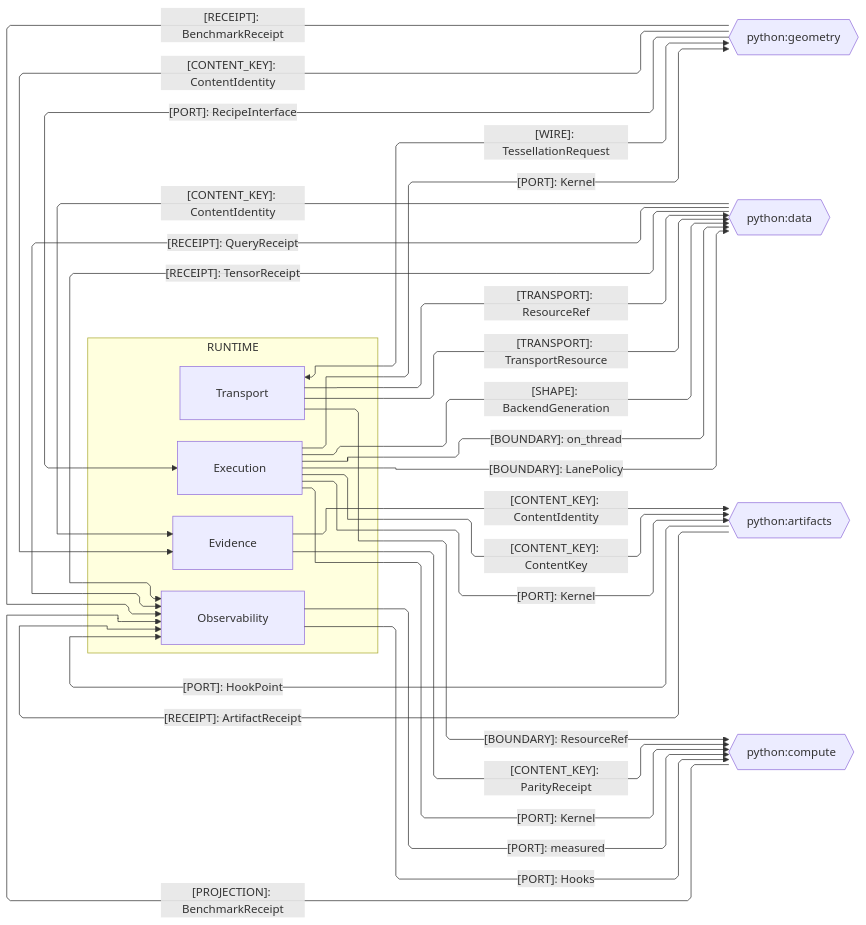
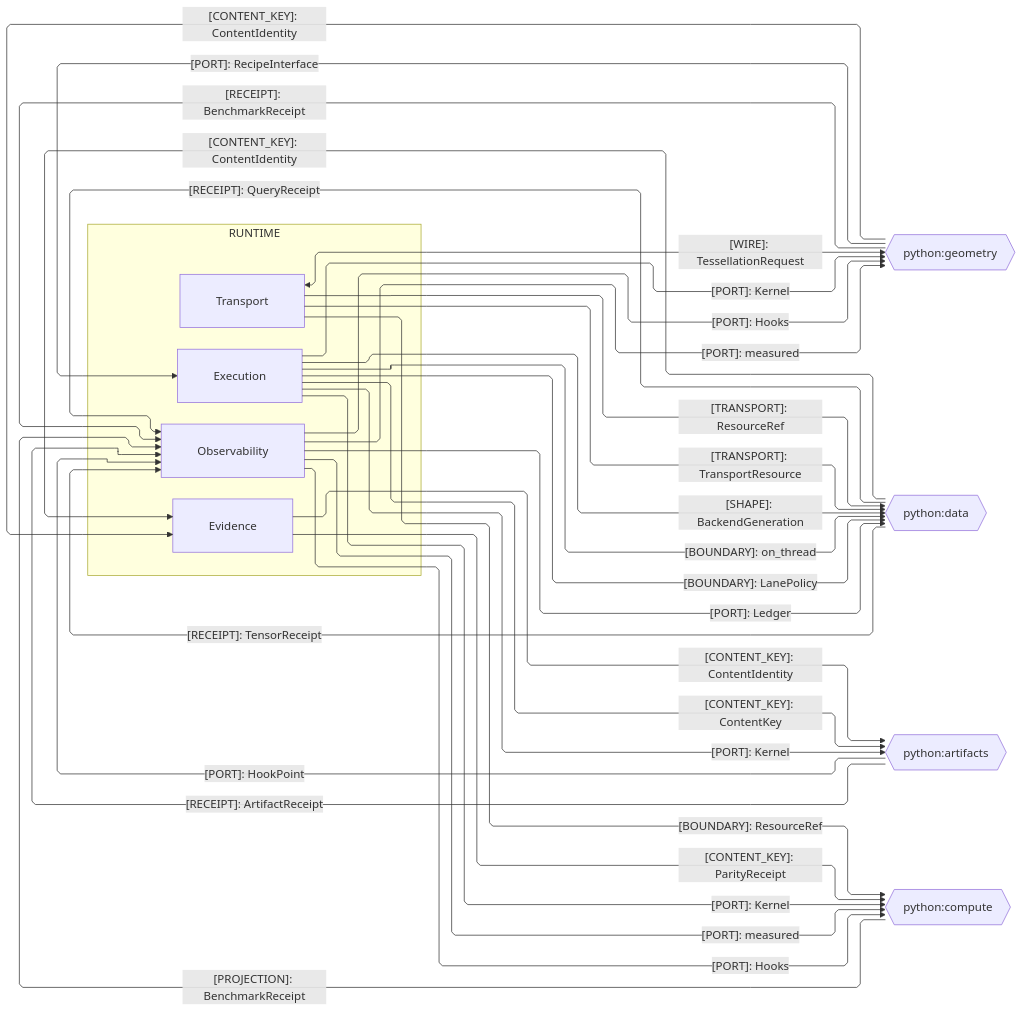
One commit to bsamiee/Rasm changed the third of 3 diagrams in libs/python/runtime/ARCHITECTURE.md. Above: the diagram before and after it, drawn with Mermaid. The commit also changed other lines of this file and 249 other files, not shown here.

````diff
--- a/libs/python/runtime/ARCHITECTURE.md
+++ b/libs/python/runtime/ARCHITECTURE.md
@@ -153,46 +158,49 @@
 ```mermaid
 ---
 config:
   layout: elk
   flowchart:
     curve: linear
     padding: 25
 ---
 flowchart LR
     accTitle: Runtime cross-package Python seams
     accDescr: Runtime sub-domain owners exchanging content identity, transport, kernel and hook ports, and receipts with the Python siblings.
     subgraph runtime[RUNTIME]
         Transport[Transport]
         Evidence[Evidence]
         Observability[Observability]
         Execution[Execution]
     end
     Geometry{{python:geometry}}
     Data{{python:data}}
     Artifacts{{python:artifacts}}
     Compute{{python:compute}}
     Transport e5@<-->|"[WIRE]: TessellationRequest"| Geometry
     Geometry e1@-->|"[CONTENT_KEY]: ContentIdentity"| Evidence
     Geometry e9@-->|"[PORT]: RecipeInterface"| Execution
     Data e2@-->|"[CONTENT_KEY]: ContentIdentity"| Evidence
     Transport e6@-->|"[TRANSPORT]: ResourceRef"| Data
     Transport e16@-->|"[TRANSPORT]: TransportResource"| Data
+    Observability e27@-->|"[PORT]: Ledger"| Data
     Data e11@-->|"[RECEIPT]: QueryReceipt"| Observability
     Data e17@-->|"[RECEIPT]: TensorReceipt"| Observability
     Execution e14@-->|"[BOUNDARY]: on_thread"| Data
     Execution e18@-->|"[BOUNDARY]: LanePolicy"| Data
     Execution e19@-->|"[SHAPE]: BackendGeneration"| Data
     Evidence e3@-->|"[CONTENT_KEY]: ContentIdentity"| Artifacts
     Artifacts e10@-->|"[RECEIPT]: ArtifactReceipt"| Observability
     Execution e8@-->|"[CONTENT_KEY]: ContentKey"| Artifacts
     Execution e15@-->|"[PORT]: Kernel"| Artifacts
     Artifacts e20@-->|"[PORT]: HookPoint"| Observability
     Evidence e4@-->|"[CONTENT_KEY]: ParityReceipt"| Compute
     Transport e7@-->|"[BOUNDARY]: ResourceRef"| Compute
     Observability e13@-->|"[PORT]: measured"| Compute
     Execution e12@-->|"[PORT]: Kernel"| Compute
     Observability e21@-->|"[PORT]: Hooks"| Compute
     Compute e22@-->|"[PROJECTION]: BenchmarkReceipt"| Observability
     Execution e23@-->|"[PORT]: Kernel"| Geometry
     Geometry e24@-->|"[RECEIPT]: BenchmarkReceipt"| Observability
+    Observability e25@-->|"[PORT]: measured"| Geometry
+    Observability e26@-->|"[PORT]: Hooks"| Geometry
 ```
````
